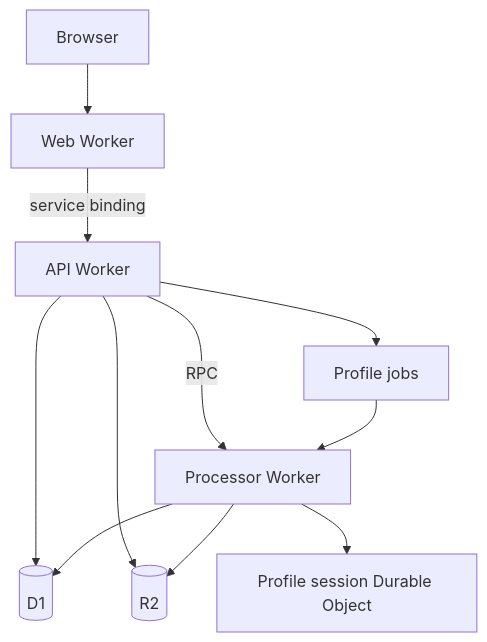
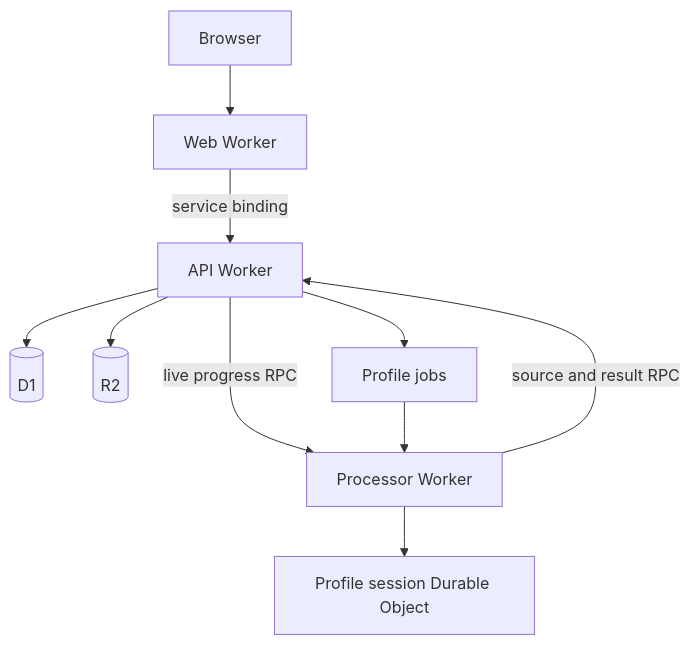
Before and after one commit to AdiRishi/application-platform-starter: the diagram in docs/architecture.mdx, drawn with Mermaid. The commit also changed other lines of this file and 18 other files, not shown here.

````diff
--- a/docs/architecture.mdx
+++ b/docs/architecture.mdx
@@ -12,13 +12,12 @@
 ```mermaid
 flowchart TD
   Browser --> Web[Web Worker]
   Web -->|service binding| API[API Worker]
-  API -->|RPC| Processor[Processor Worker]
+  API -->|live progress RPC| Processor[Processor Worker]
   API --> D1[(D1)]
   API --> R2[(R2)]
   API --> Queue[Profile jobs]
   Queue --> Processor
-  Processor --> D1
-  Processor --> R2
+  Processor -->|source and result RPC| API
   Processor --> Session[Profile session Durable Object]
 ```
````
